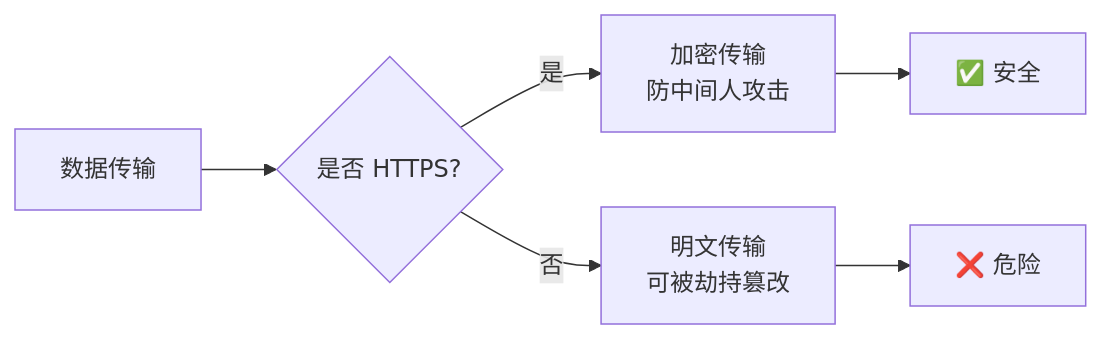
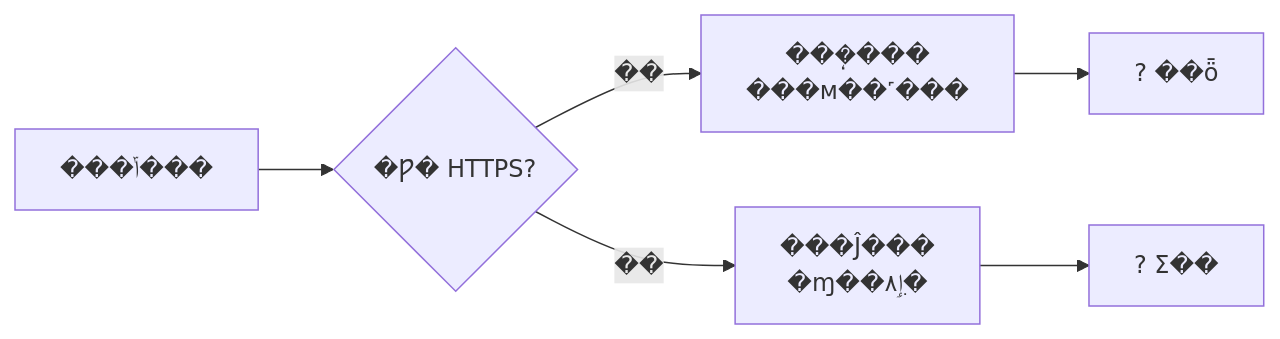
One commit to TimeHunter618/hugo-maid-dev changed the seventh of 8 diagrams in content/post/ai-interview/Chrome插件如何安全调用AI.zh-CN.md. Above: the diagram before and after it, drawn with Mermaid. The commit also changed other lines of this file and 70 other files, not shown here.

````diff
--- a/content/post/ai-interview/Chrome插件如何安全调用AI.zh-CN.md
+++ b/content/post/ai-interview/Chrome插件如何安全调用AI.zh-CN.md
@@ -433,8 +433,8 @@
 ```mermaid
 graph LR
-    A["数据传输"] --> B{是否 HTTPS?}
-    B -->|是| C["加密传输<br/>防中间人攻击"]
-    B -->|否| D["明文传输<br/>可被劫持篡改"]
-    C --> E["✅ 安全"]
-    D --> F["❌ 危险"]
+    A["���ݴ���"] --> B{�Ƿ� HTTPS?}
+    B -->|��| C["���ܴ���<br/>���м��˹���"]
+    B -->|��| D["���Ĵ���<br/>�ɱ��ٳִ۸�"]
+    C --> E["? ��ȫ"]
+    D --> F["? Σ��"]
 ```
````
